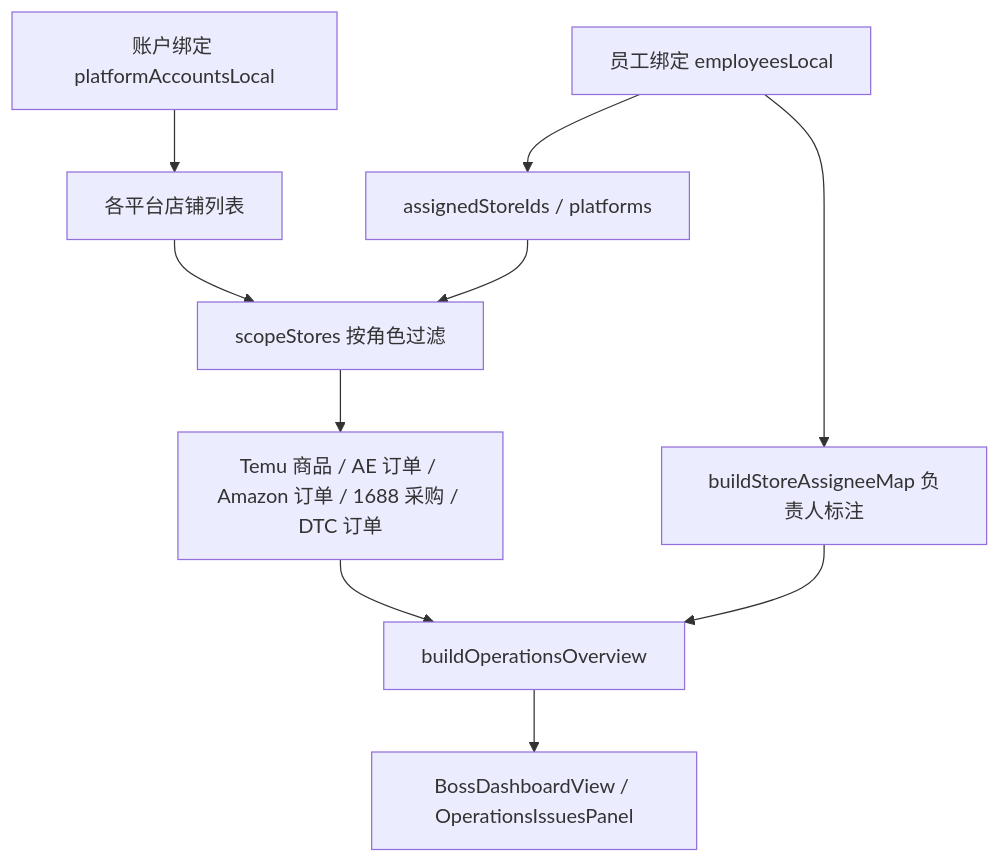
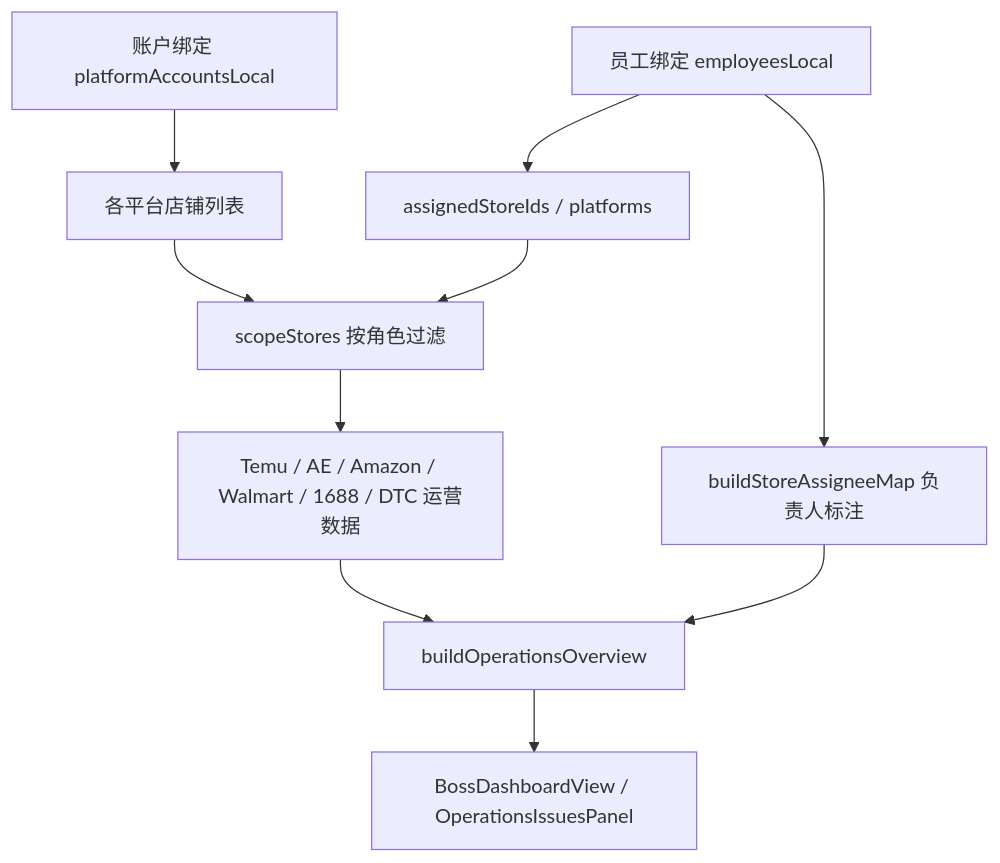
Before and after one commit to XQ-Best/SaaS-HZ_WEB_Demo: the first of 2 diagrams in dev/vue-site/README.md, drawn with Mermaid. The commit also changed other lines of this file and 77 other files, not shown here.

````diff
--- a/dev/vue-site/README.md
+++ b/dev/vue-site/README.md
@@ -132,12 +131,12 @@
 ```mermaid
 flowchart TD
   A[账户绑定 platformAccountsLocal] --> B[各平台店铺列表]
   C[员工绑定 employeesLocal] --> D[assignedStoreIds / platforms]
   B --> E[scopeStores 按角色过滤]
   D --> E
-  E --> F[Temu 商品 / AE 订单 / Amazon 订单 / 1688 采购 / DTC 订单]
+  E --> F[Temu / AE / Amazon / Walmart / 1688 / DTC 运营数据]
   F --> G[buildOperationsOverview]
   C --> H[buildStoreAssigneeMap 负责人标注]
   H --> G
   G --> I[BossDashboardView / OperationsIssuesPanel]
 ```
````
